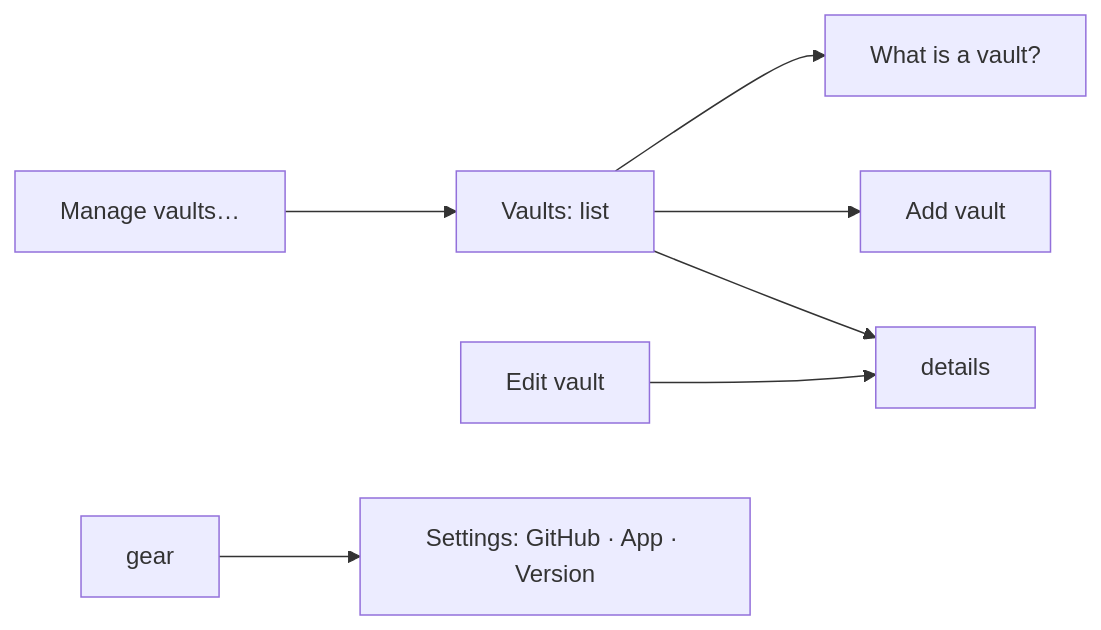
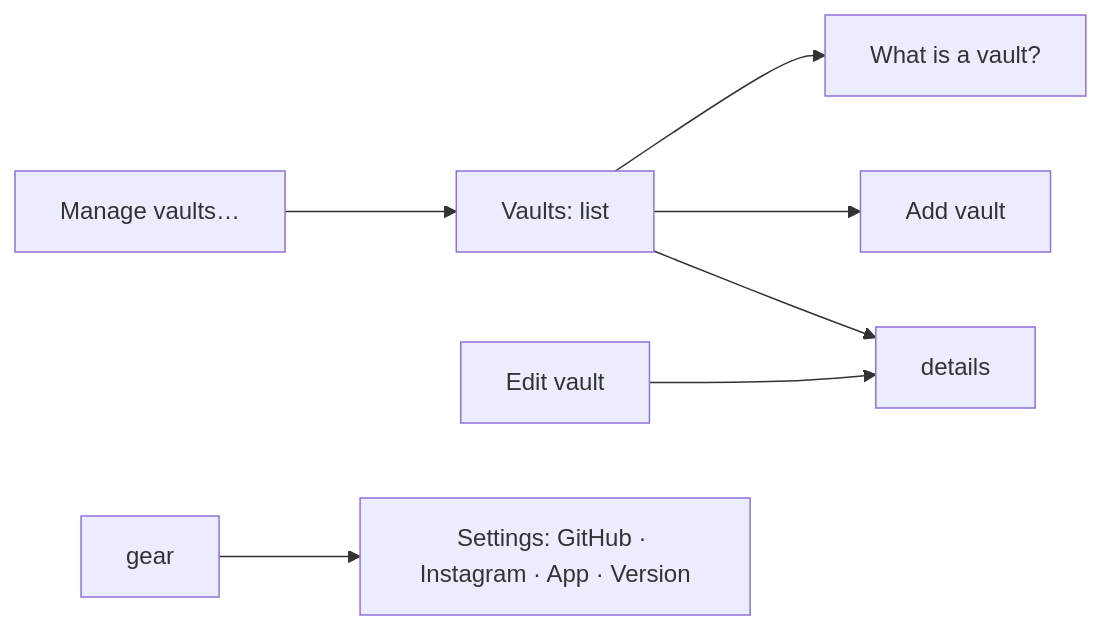
Before and after one commit to tillg/karpathy.app: the first of 9 diagrams in specs/system/functional.md, drawn with Mermaid. The commit also changed other lines of this file and 5 other files, not shown here.

````diff
--- a/specs/system/functional.md
+++ b/specs/system/functional.md
@@ -56,7 +57,7 @@
 ```mermaid
 flowchart LR
     M[Manage vaults…] --> L[Vaults: list]
     L --> D[details] & A[Add vault] & H[What is a vault?]
     E[Edit vault] --> D
-    G[gear] --> S[Settings: GitHub · App · Version]
+    G[gear] --> S[Settings: GitHub · Instagram · App · Version]
 ```
````
